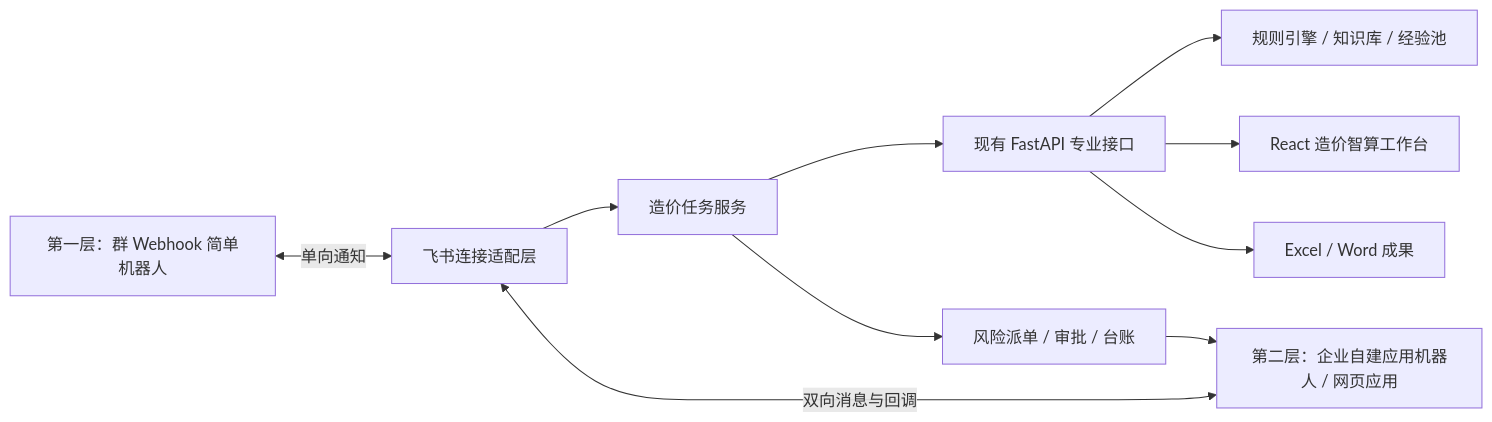
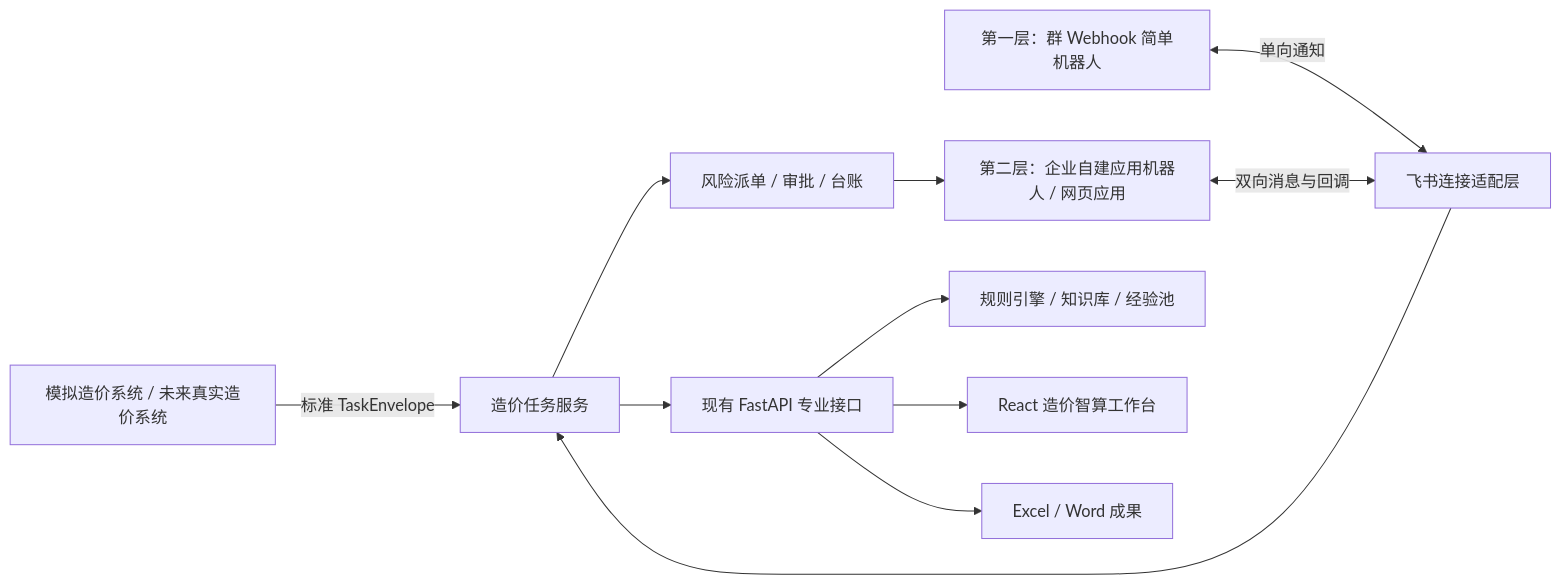
The diagram in 00-PRD/01-模块PRD/13-飞书连接的场景智能体/PRD.md (zgzzmnbx/zaojia-zhisuan), drawn with Mermaid before and after one commit. The commit also changed other lines of this file and 2 other files, not shown here.

Commit message:
docs: define proactive external task delivery

````diff
--- a/00-PRD/01-模块PRD/13-飞书连接的场景智能体/PRD.md
+++ b/00-PRD/01-模块PRD/13-飞书连接的场景智能体/PRD.md
@@ -307,12 +409,13 @@
 ```mermaid
 flowchart LR
+    X["模拟造价系统 / 未来真实造价系统"] -->|"标准 TaskEnvelope"| C["造价任务服务"]
     A["第一层：群 Webhook 简单机器人"] <-->|"单向通知"| B["飞书连接适配层"]
     I["第二层：企业自建应用机器人 / 网页应用"] <-->|"双向消息与回调"| B
-    B --> C["造价任务服务"]
+    B --> C
     C --> D["现有 FastAPI 专业接口"]
     D --> E["规则引擎 / 知识库 / 经验池"]
     D --> F["React 造价智算工作台"]
     D --> G["Excel / Word 成果"]
     C --> H["风险派单 / 审批 / 台账"]
     H --> I
 ```
````
